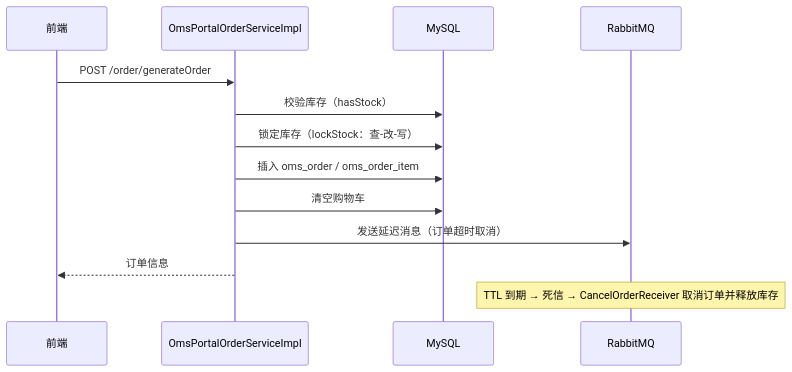
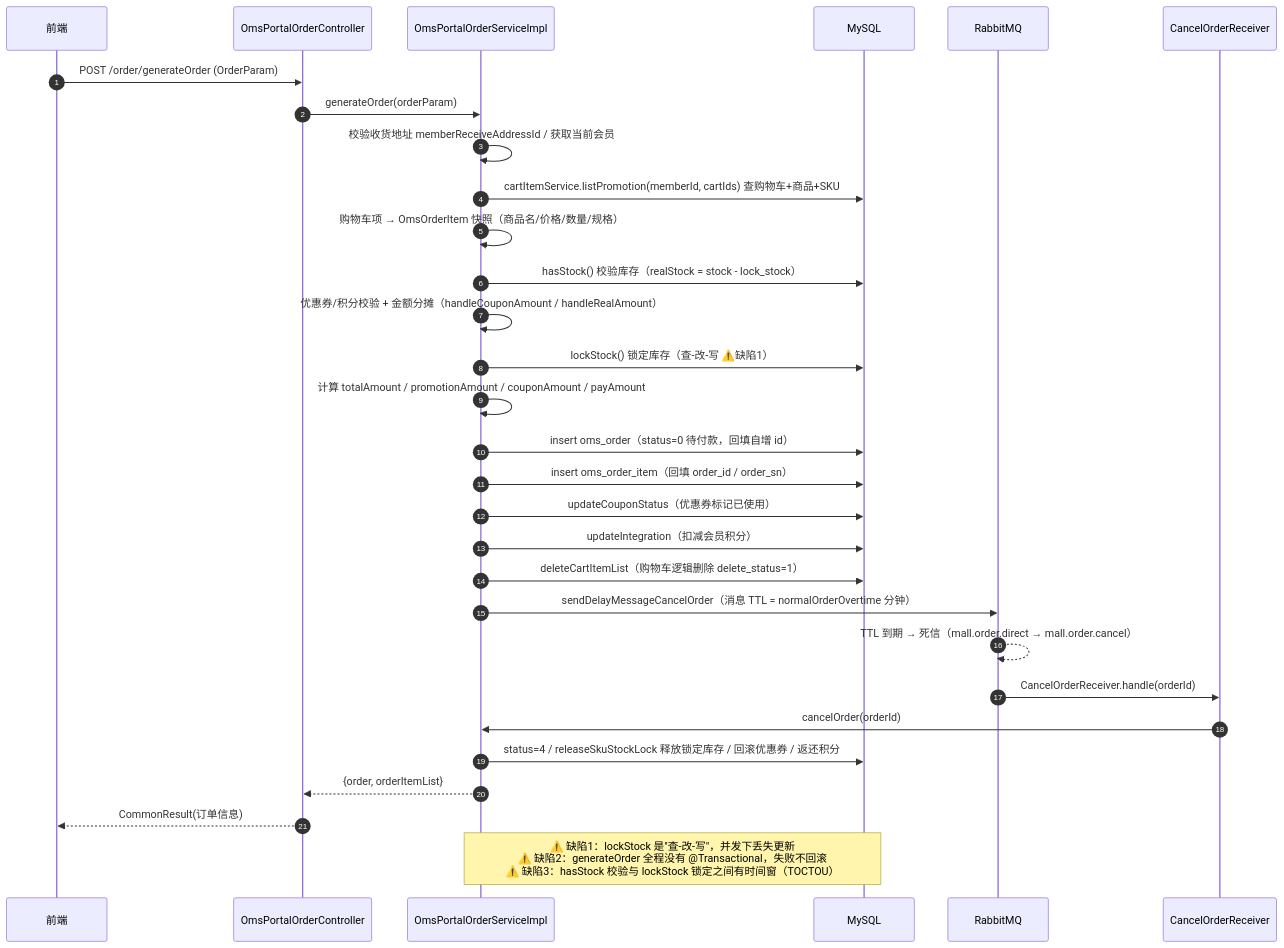
Before and after one commit to Retr07878/mall: the second of 3 diagrams in docs/study/03-核心时序图.md, drawn with Mermaid. The commit also changed other lines of this file and 1 other file, not shown here.

Commit message:
docs: 下单主流程精读笔记 + 核心时序图(下单) + 数据库ER完善

````diff
--- a/docs/study/03-核心时序图.md
+++ b/docs/study/03-核心时序图.md
@@ -32,15 +32,34 @@
 ```mermaid
 sequenceDiagram
+    autonumber
     participant C as 前端
+    participant Ctrl as OmsPortalOrderController
     participant O as OmsPortalOrderServiceImpl
     participant DB as MySQL
     participant MQ as RabbitMQ
-    C->>O: POST /order/generateOrder
-    O->>DB: 校验库存（hasStock）
-    O->>DB: 锁定库存（lockStock：查-改-写）
-    O->>DB: 插入 oms_order / oms_order_item
-    O->>DB: 清空购物车
-    O->>MQ: 发送延迟消息（订单超时取消）
-    O-->>C: 订单信息
-    Note over MQ: TTL 到期 → 死信 → CancelOrderReceiver 取消订单并释放库存
+    participant R as CancelOrderReceiver
+
+    C->>Ctrl: POST /order/generateOrder (OrderParam)
+    Ctrl->>O: generateOrder(orderParam)
+    O->>O: 校验收货地址 memberReceiveAddressId / 获取当前会员
+    O->>DB: cartItemService.listPromotion(memberId, cartIds) 查购物车+商品+SKU
+    O->>O: 购物车项 → OmsOrderItem 快照（商品名/价格/数量/规格）
+    O->>DB: hasStock() 校验库存（realStock = stock - lock_stock）
+    O->>O: 优惠券/积分校验 + 金额分摊（handleCouponAmount / handleRealAmount）
+    O->>DB: lockStock() 锁定库存（查-改-写 ⚠️缺陷1）
+    O->>O: 计算 totalAmount / promotionAmount / couponAmount / payAmount
+    O->>DB: insert oms_order（status=0 待付款，回填自增 id）
+    O->>DB: insert oms_order_item（回填 order_id / order_sn）
+    O->>DB: updateCouponStatus（优惠券标记已使用）
+    O->>DB: updateIntegration（扣减会员积分）
+    O->>DB: deleteCartItemList（购物车逻辑删除 delete_status=1）
+    O->>MQ: sendDelayMessageCancelOrder（消息 TTL = normalOrderOvertime 分钟）
+    MQ-->>MQ: TTL 到期 → 死信（mall.order.direct → mall.order.cancel）
+    MQ->>R: CancelOrderReceiver.handle(orderId)
+    R->>O: cancelOrder(orderId)
+    O->>DB: status=4 / releaseSkuStockLock 释放锁定库存 / 回滚优惠券 / 返还积分
+    O-->>Ctrl: {order, orderItemList}
+    Ctrl-->>C: CommonResult(订单信息)
+
+    Note over O,DB: ⚠️ 缺陷1：lockStock 是"查-改-写"，并发下丢失更新<br/>⚠️ 缺陷2：generateOrder 全程没有 @Transactional，失败不回滚<br/>⚠️ 缺陷3：hasStock 校验与 lockStock 锁定之间有时间窗（TOCTOU）
 ```
````
